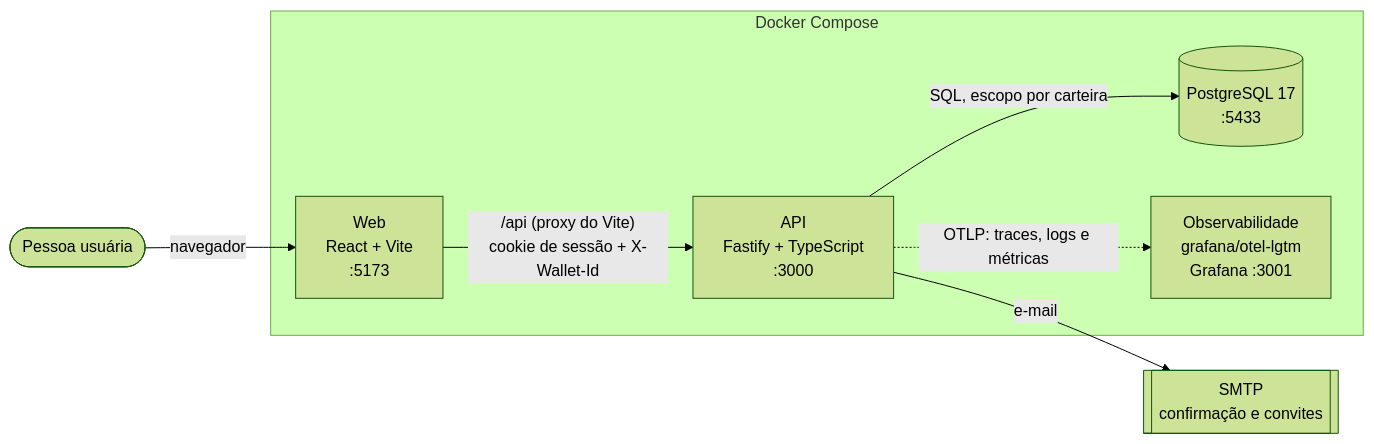
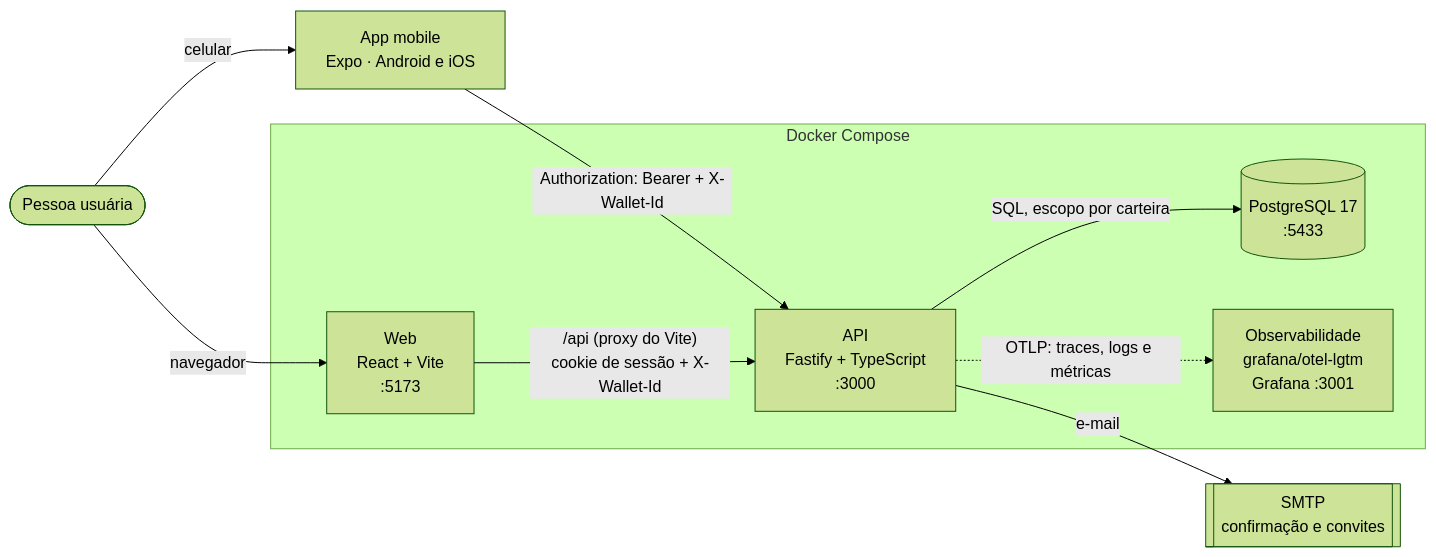
Before and after one commit to TitoStauffer/CashIn: the first of 4 diagrams in README.md, drawn with Mermaid (forest theme). The commit also changed other lines of this file and 38 other files, not shown here.

First line of the commit message:
[DEV-141] - Criar a fundação do app mobile com Expo, navegação, cliente da API e CI (#118)

````diff
--- a/README.md
+++ b/README.md
@@ -60,19 +61,22 @@
 ```mermaid
 flowchart LR
     user(["Pessoa usuária"])
 
     subgraph local["Docker Compose"]
         web["Web<br/>React + Vite<br/>:5173"]
         api["API<br/>Fastify + TypeScript<br/>:3000"]
         db[("PostgreSQL 17<br/>:5433")]
         obs["Observabilidade<br/>grafana/otel-lgtm<br/>Grafana :3001"]
     end
 
     smtp[["SMTP<br/>confirmação e convites"]]
+    mobile["App mobile<br/>Expo · Android e iOS"]
 
     user -->|navegador| web
+    user -->|celular| mobile
+    mobile -->|"Authorization: Bearer + X-Wallet-Id"| api
     web -->|"/api (proxy do Vite)<br/>cookie de sessão + X-Wallet-Id"| api
     api -->|SQL, escopo por carteira| db
     api -->|e-mail| smtp
     api -.->|"OTLP: traces, logs e métricas"| obs
 ```
````
